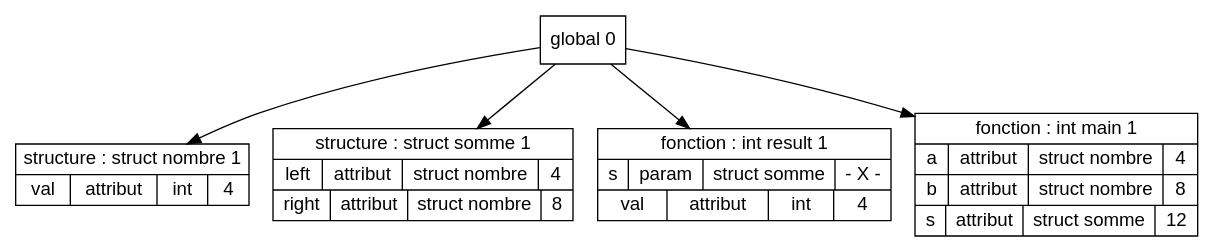
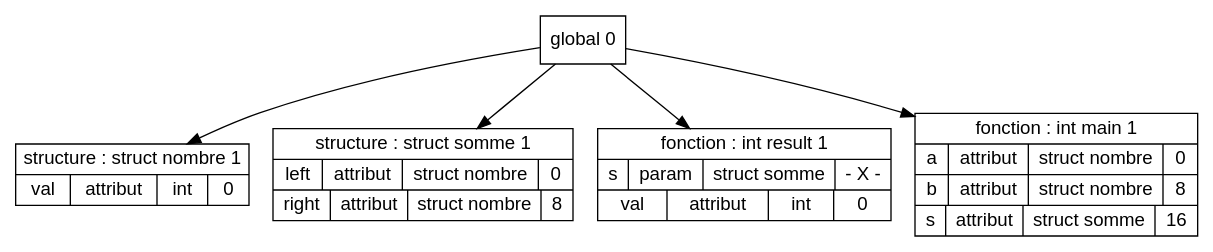
One commit to Hamza-ABDOULHOUSSEN/compil changed the diagram in Code/out/tds/dot/Test_Semantique/codestruct.dot. Above: the diagram before and after it, drawn with Graphviz. The commit also changed 27 other files, not shown here.

```diff
--- a/Code/out/tds/dot/Test_Semantique/codestruct.dot
+++ b/Code/out/tds/dot/Test_Semantique/codestruct.dot
@@ -1,33 +1,33 @@
 digraph "tds"{
 
 	node [fontname="Arial"];
 
 	N1 [shape=record label="{ structure : struct nombre 1
-	| { val | attribut | int | 4 }
+	| { val | attribut | int | 0 }
 	}"];
 
 	N2 [shape=record label="{ structure : struct somme 1
-	| { left | attribut | struct nombre | 4 }
+	| { left | attribut | struct nombre | 0 }
 	| { right | attribut | struct nombre | 8 }
 	}"];
 
 	N3 [shape=record label="{ fonction : int result 1
 	| { s | param | struct somme | - X - }
-	| { val | attribut | int | 4 }
+	| { val | attribut | int | 0 }
 	}"];
 
 	N4 [shape=record label="{ fonction : int main 1
-	| { a | attribut | struct nombre | 4 }
+	| { a | attribut | struct nombre | 0 }
 	| { b | attribut | struct nombre | 8 }
-	| { s | attribut | struct somme | 12 }
+	| { s | attribut | struct somme | 16 }
 	}"];
 
 	N0 [shape=record label="{ global 0
 	}"];
 
 
 	N0 -> N1; 
 	N0 -> N2; 
 	N0 -> N3; 
 	N0 -> N4; 
 }
```
